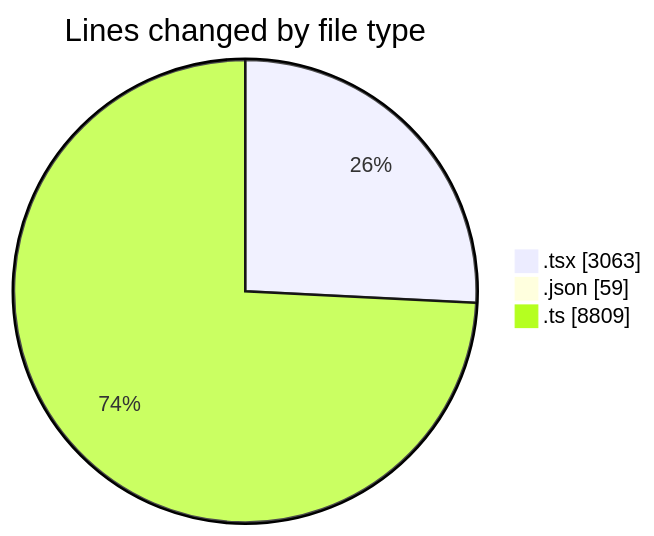
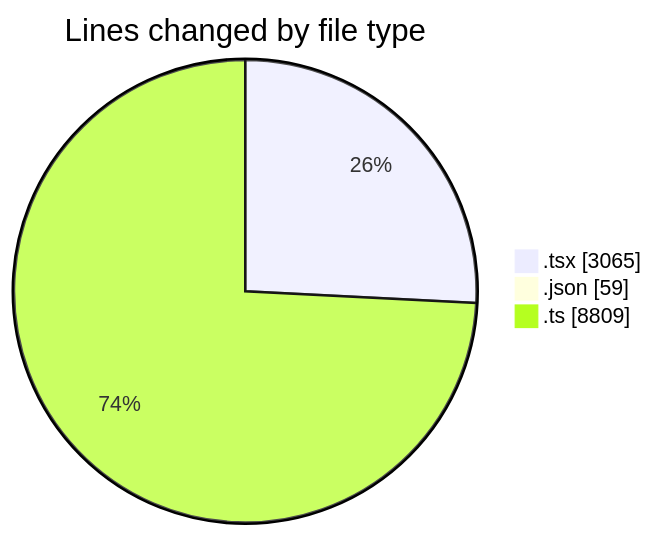
One commit to momahboobian/code-tracking changed the first of 2 diagrams in 2025-11-24/cda/README.md. Above: the diagram before and after it, drawn with Mermaid. The commit also changed other lines of this file and 1 other file, not shown here.

````diff
--- a/2025-11-24/cda/README.md
+++ b/2025-11-24/cda/README.md
@@ -33,7 +33,7 @@
 ```mermaid
 pie showData
 title Lines changed by file type
-".tsx" : 3063
+".tsx" : 3065
 ".json" : 59
 ".ts" : 8809
 ```
````
